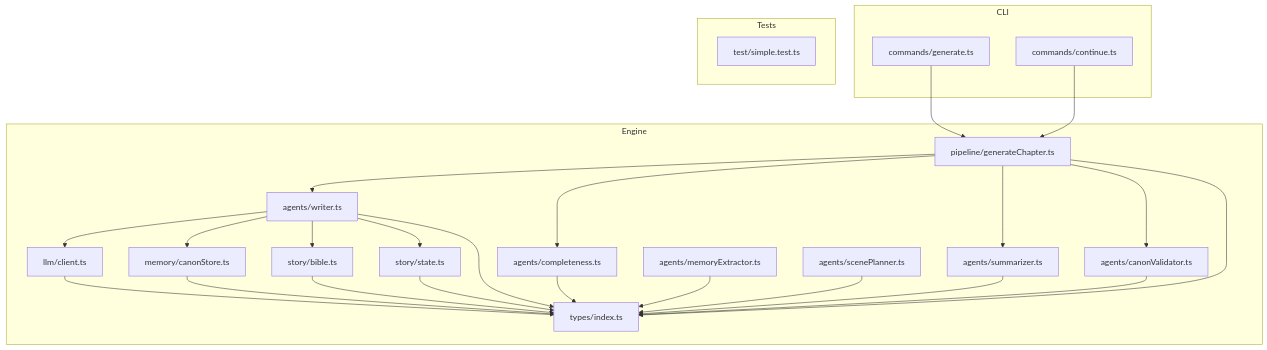
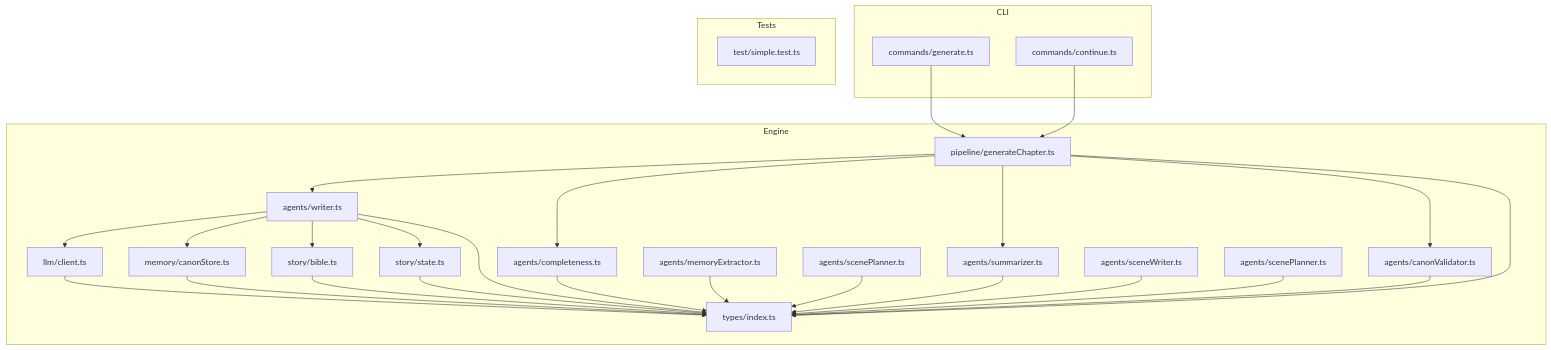
The first of 10 diagrams in .qoder/repowiki/en/content/AI Agent System/Writer Agent.md (liwonder/NARRITIVE_OS), drawn with Mermaid before and after one commit. The commit also changed other lines of this file and 10 other files, not shown here.

````diff
--- a/.qoder/repowiki/en/content/AI Agent System/Writer Agent.md
+++ b/.qoder/repowiki/en/content/AI Agent System/Writer Agent.md
@@ -48,45 +54,49 @@
 ```mermaid
 graph TB
 subgraph "Engine"
 A["agents/writer.ts"]
 B["pipeline/generateChapter.ts"]
 C["story/bible.ts"]
 D["story/state.ts"]
 E["memory/canonStore.ts"]
 F["agents/completeness.ts"]
 G["agents/summarizer.ts"]
 H["agents/canonValidator.ts"]
 I["agents/memoryExtractor.ts"]
 J["agents/scenePlanner.ts"]
 K["llm/client.ts"]
 L["types/index.ts"]
+M["agents/sceneWriter.ts"]
+N["agents/scenePlanner.ts"]
 end
 subgraph "CLI"
-M["commands/generate.ts"]
-N["commands/continue.ts"]
+O["commands/generate.ts"]
+P["commands/continue.ts"]
 end
 subgraph "Tests"
-O["test/simple.test.ts"]
+Q["test/simple.test.ts"]
 end
-M --> B
-N --> B
+O --> B
+P --> B
 B --> A
 A --> K
 A --> E
 B --> F
 B --> G
 B --> H
 A --> C
 A --> D
 A --> L
 B --> L
 C --> L
 D --> L
 E --> L
 F --> L
 G --> L
 H --> L
 I --> L
 J --> L
 K --> L
+M --> L
+N --> L
 ```
````
